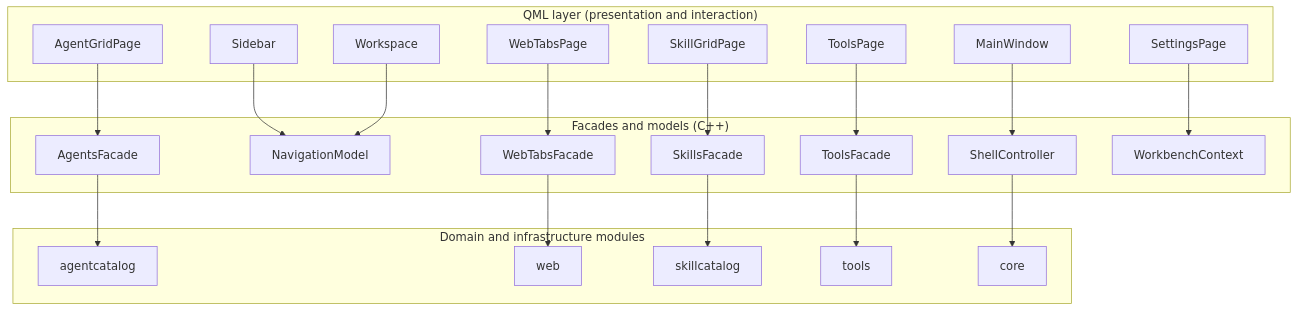
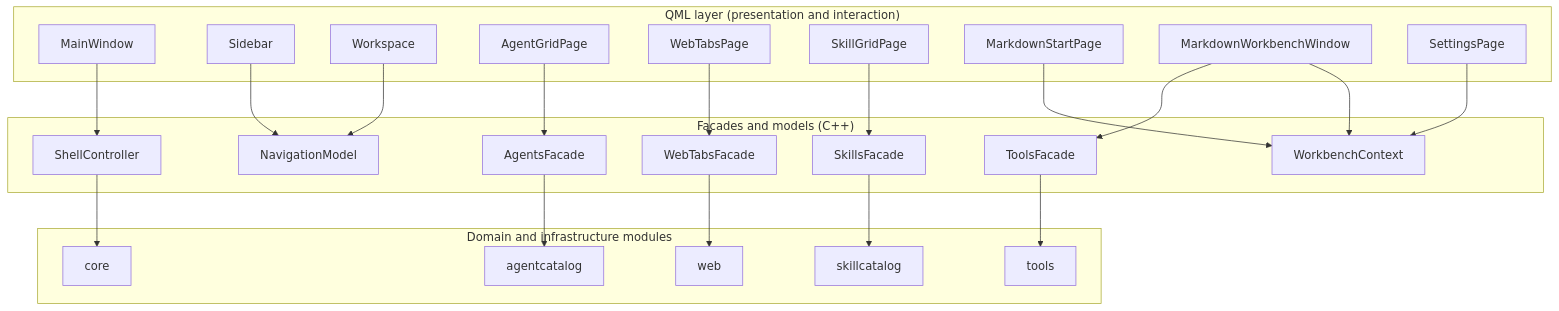
One commit to czyt1988/AgentWorkbench changed the first of 2 diagrams in docs/architecture/frontend-design.md. Above: the diagram before and after it, drawn with Mermaid. The commit also changed other lines of this file and 45 other files, not shown here.

````diff
--- a/docs/architecture/frontend-design.md
+++ b/docs/architecture/frontend-design.md
@@ -13,42 +13,45 @@
 ```mermaid
 flowchart TB
     subgraph qml["QML layer (presentation and interaction)"]
         MainWindow
         Sidebar
         Workspace
         AgentGridPage
         WebTabsPage
         SkillGridPage
-        ToolsPage
+        MarkdownStartPage
+        MarkdownWorkbenchWindow
         SettingsPage
     end
     subgraph facade["Facades and models (C++)"]
         ShellController
         NavigationModel
         AgentsFacade
         WebTabsFacade
         SkillsFacade
         ToolsFacade
         WorkbenchContext
     end
     subgraph modules["Domain and infrastructure modules"]
         agentcatalog
         web
         skillcatalog
         tools
         core
     end
     MainWindow --> ShellController
     Sidebar --> NavigationModel
     Workspace --> NavigationModel
     AgentGridPage --> AgentsFacade
     WebTabsPage --> WebTabsFacade
     SkillGridPage --> SkillsFacade
-    ToolsPage --> ToolsFacade
+    MarkdownStartPage --> WorkbenchContext
+    MarkdownWorkbenchWindow --> ToolsFacade
+    MarkdownWorkbenchWindow --> WorkbenchContext
     SettingsPage --> WorkbenchContext
     AgentsFacade --> agentcatalog
     WebTabsFacade --> web
     SkillsFacade --> skillcatalog
     ToolsFacade --> tools
     ShellController --> core
 ```
````
